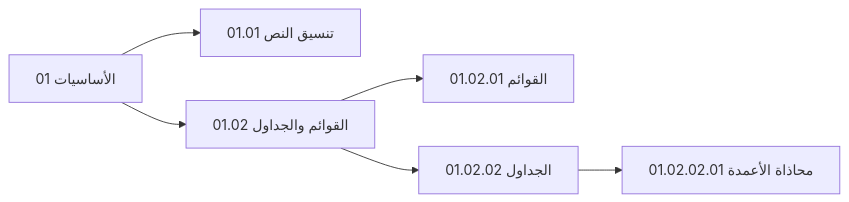
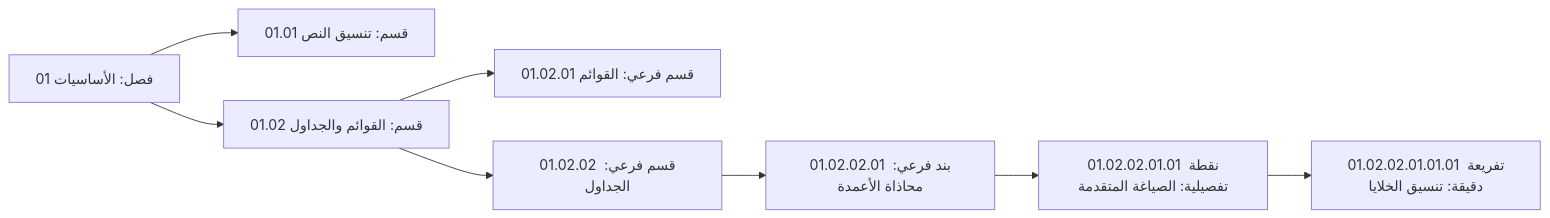
One commit to fakhruldeen/book changed the diagram in 01_basics.md. Above: the diagram before and after it, drawn with Mermaid. The commit also changed other lines of this file and 7 other files, not shown here.

````diff
--- a/01_basics.md
+++ b/01_basics.md
@@ -32,8 +32,10 @@
 ```mermaid
 flowchart LR
-    A[01 الأساسيات] --> B[01.01 تنسيق النص]
-    A --> C[01.02 القوائم والجداول]
-    C --> D[01.02.01 القوائم]
-    C --> E[01.02.02 الجداول]
-    E --> F[01.02.02.01 محاذاة الأعمدة]
+    A["01 فصل: الأساسيات"] --> B["01.01 قسم: تنسيق النص"]
+    A --> C["01.02 قسم: القوائم والجداول"]
+    C --> D["01.02.01 قسم فرعي: القوائم"]
+    C --> E["01.02.02 قسم فرعي: الجداول"]
+    E --> F["01.02.02.01 بند فرعي: محاذاة الأعمدة"]
+    F --> G["01.02.02.01.01 نقطة تفصيلية: الصياغة المتقدمة"]
+    G --> H["01.02.02.01.01.01 تفريعة دقيقة: تنسيق الخلايا"]
 ```
````
